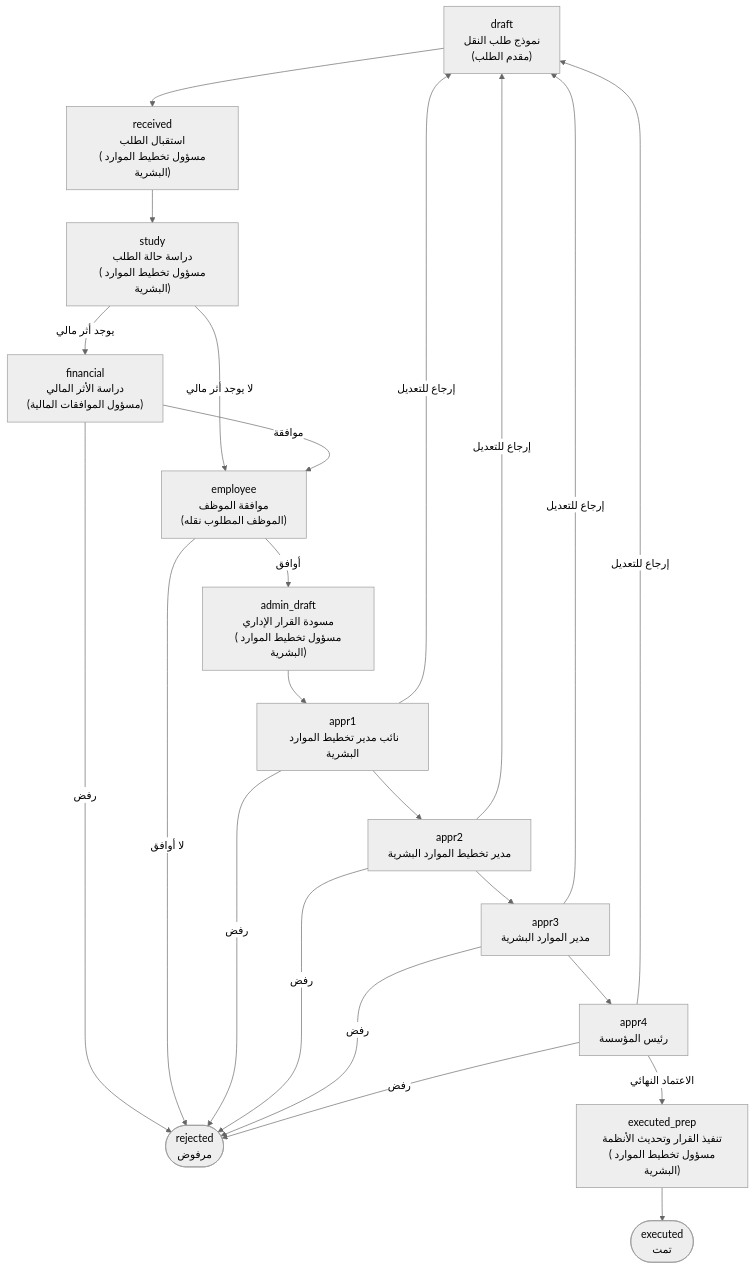
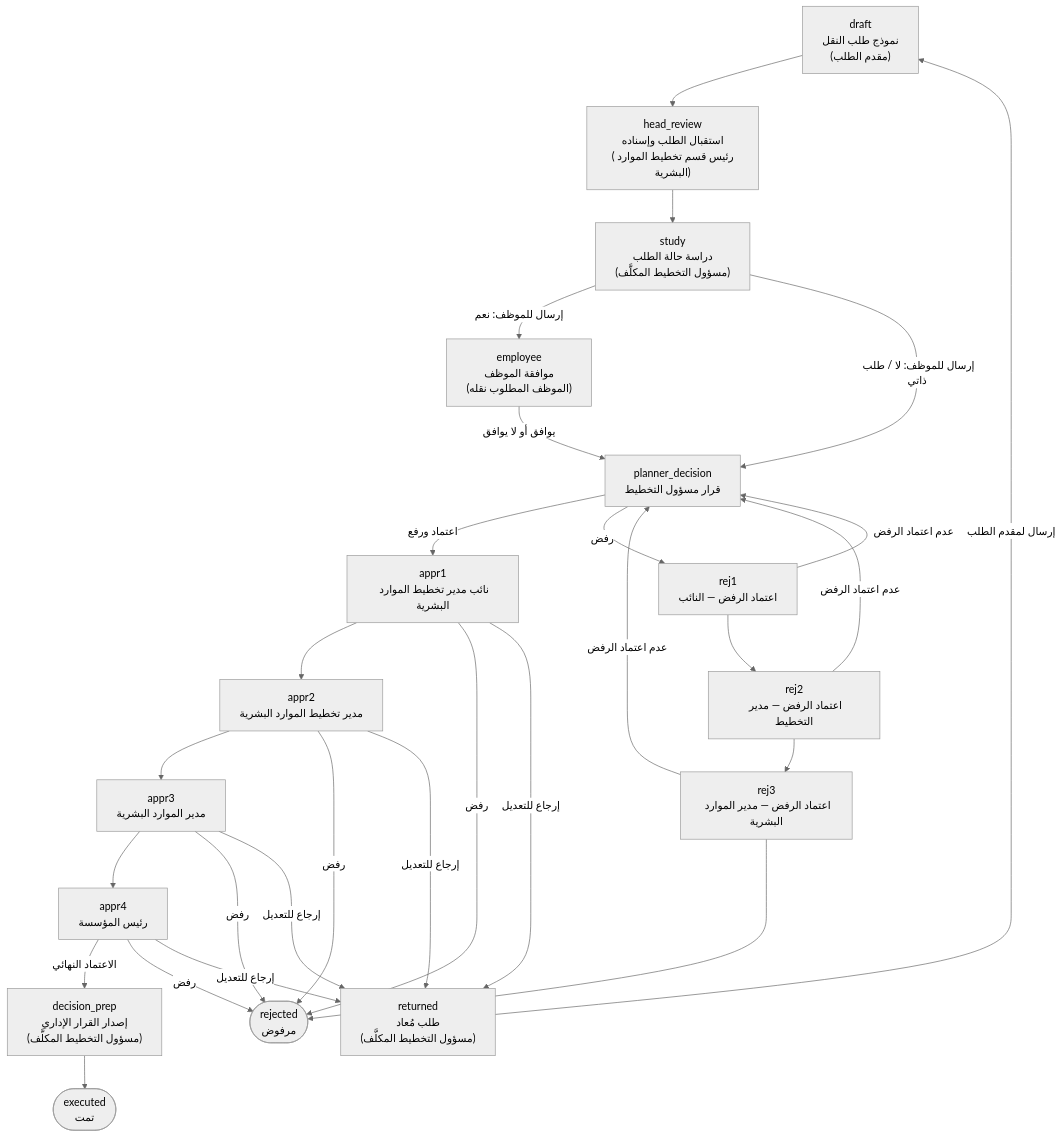
The diagram in docs/workflow.md (mariiamahmed11/sio_staff_transfer), drawn with Mermaid (neutral theme) before and after one commit. The commit also changed other lines of this file and 11 other files, not shown here.

First line of the commit message:
تحديث مسار النقل الوظيفي وصفحة إنشاء الطلب

````diff
--- a/docs/workflow.md
+++ b/docs/workflow.md
@@ -7,19 +7,22 @@
 ```mermaid
 flowchart TD
-    draft["draft<br/>نموذج طلب النقل<br/>(مقدم الطلب)"] --> received["received<br/>استقبال الطلب<br/>(مسؤول تخطيط الموارد البشرية)"]
-    received --> study["study<br/>دراسة حالة الطلب<br/>(مسؤول تخطيط الموارد البشرية)"]
-    study -- "يوجد أثر مالي" --> financial["financial<br/>دراسة الأثر المالي<br/>(مسؤول الموافقات المالية)"]
-    study -- "لا يوجد أثر مالي" --> employee["employee<br/>موافقة الموظف<br/>(الموظف المطلوب نقله)"]
-    financial -- "موافقة" --> employee
-    financial -- "رفض" --> rejected(["rejected<br/>مرفوض"])
-    employee -- "أوافق" --> admin_draft["admin_draft<br/>مسودة القرار الإداري<br/>(مسؤول تخطيط الموارد البشرية)"]
-    employee -- "لا أوافق" --> rejected
-    admin_draft --> appr1["appr1<br/>نائب مدير تخطيط الموارد البشرية"]
+    draft["draft<br/>نموذج طلب النقل<br/>(مقدم الطلب)"] --> head_review["head_review<br/>استقبال الطلب وإسناده<br/>(رئيس قسم تخطيط الموارد البشرية)"]
+    head_review --> study["study<br/>دراسة حالة الطلب<br/>(مسؤول التخطيط المكلَّف)"]
+    study -- "إرسال للموظف: نعم" --> employee["employee<br/>موافقة الموظف<br/>(الموظف المطلوب نقله)"]
+    study -- "إرسال للموظف: لا / طلب ذاتي" --> planner_decision["planner_decision<br/>قرار مسؤول التخطيط"]
+    employee -- "يوافق أو لا يوافق" --> planner_decision
+    planner_decision -- "اعتماد ورفع" --> appr1["appr1<br/>نائب مدير تخطيط الموارد البشرية"]
     appr1 --> appr2["appr2<br/>مدير تخطيط الموارد البشرية"]
     appr2 --> appr3["appr3<br/>مدير الموارد البشرية"]
     appr3 --> appr4["appr4<br/>رئيس المؤسسة"]
-    appr4 -- "الاعتماد النهائي" --> executed_prep["executed_prep<br/>تنفيذ القرار وتحديث الأنظمة<br/>(مسؤول تخطيط الموارد البشرية)"]
-    executed_prep --> executed(["executed<br/>تمت"])
-    appr1 & appr2 & appr3 & appr4 -- "رفض" --> rejected
-    appr1 & appr2 & appr3 & appr4 -- "إرجاع للتعديل" --> draft
+    appr4 -- "الاعتماد النهائي" --> decision_prep["decision_prep<br/>إصدار القرار الإداري<br/>(مسؤول التخطيط المكلَّف)"]
+    decision_prep --> executed(["executed<br/>تمت"])
+    appr1 & appr2 & appr3 & appr4 -- "رفض" --> rejected(["rejected<br/>مرفوض"])
+    appr1 & appr2 & appr3 & appr4 -- "إرجاع للتعديل" --> returned["returned<br/>طلب مُعاد<br/>(مسؤول التخطيط المكلَّف)"]
+    returned -- "إرسال لمقدم الطلب" --> draft
+    planner_decision -- "رفض" --> rej1["rej1<br/>اعتماد الرفض — النائب"]
+    rej1 --> rej2["rej2<br/>اعتماد الرفض — مدير التخطيط"]
+    rej2 --> rej3["rej3<br/>اعتماد الرفض — مدير الموارد البشرية"]
+    rej3 --> rejected
+    rej1 & rej2 & rej3 -- "عدم اعتماد الرفض" --> planner_decision
 ```
````
